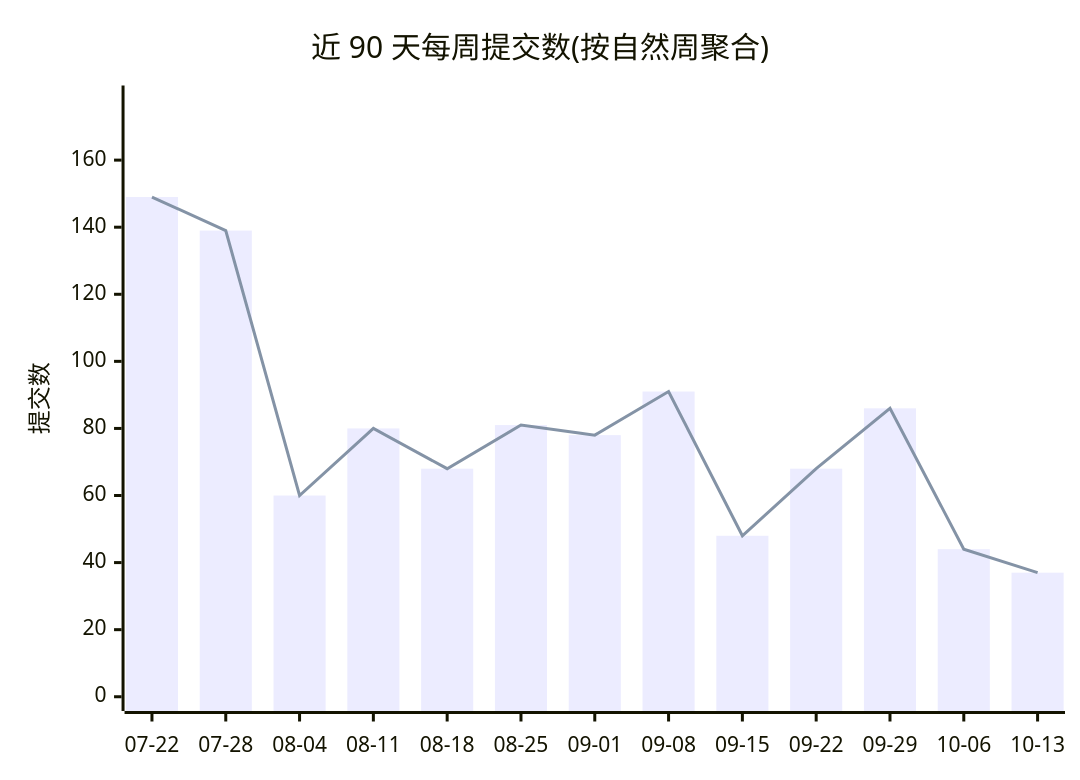
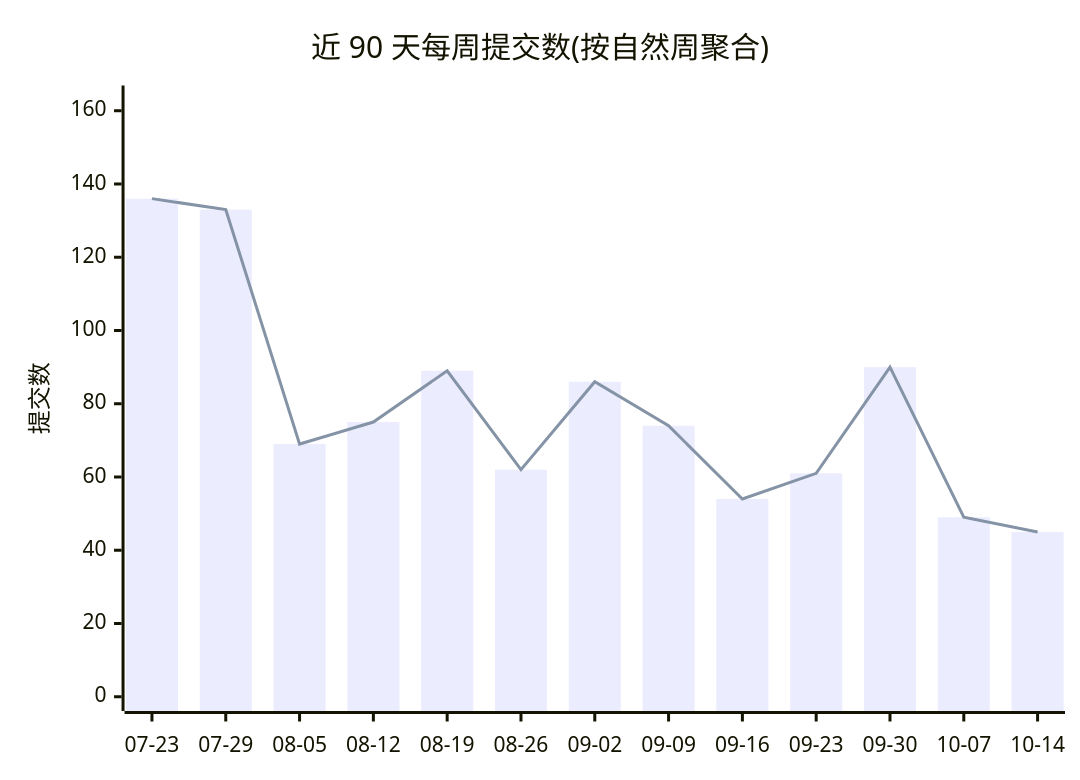
Before and after one commit to Conflux-Union/.github: the first of 2 diagrams in profile/README.md, drawn with Mermaid. The commit also changed other lines of this file and 1 other file, not shown here.

````diff
--- a/profile/README.md
+++ b/profile/README.md
@@ -44,8 +44,8 @@
 ```mermaid
 xychart-beta
     title "近 90 天每周提交数(按自然周聚合)"
-    x-axis ["07-22", "07-28", "08-04", "08-11", "08-18", "08-25", "09-01", "09-08", "09-15", "09-22", "09-29", "10-06", "10-13"]
-    y-axis "提交数" 0 --> 178
-    bar [149, 139, 60, 80, 68, 81, 78, 91, 48, 68, 86, 44, 37]
-    line [149, 139, 60, 80, 68, 81, 78, 91, 48, 68, 86, 44, 37]
+    x-axis ["07-23", "07-29", "08-05", "08-12", "08-19", "08-26", "09-02", "09-09", "09-16", "09-23", "09-30", "10-07", "10-14"]
+    y-axis "提交数" 0 --> 163
+    bar [136, 133, 69, 75, 89, 62, 86, 74, 54, 61, 90, 49, 45]
+    line [136, 133, 69, 75, 89, 62, 86, 74, 54, 61, 90, 49, 45]
 ```
````
